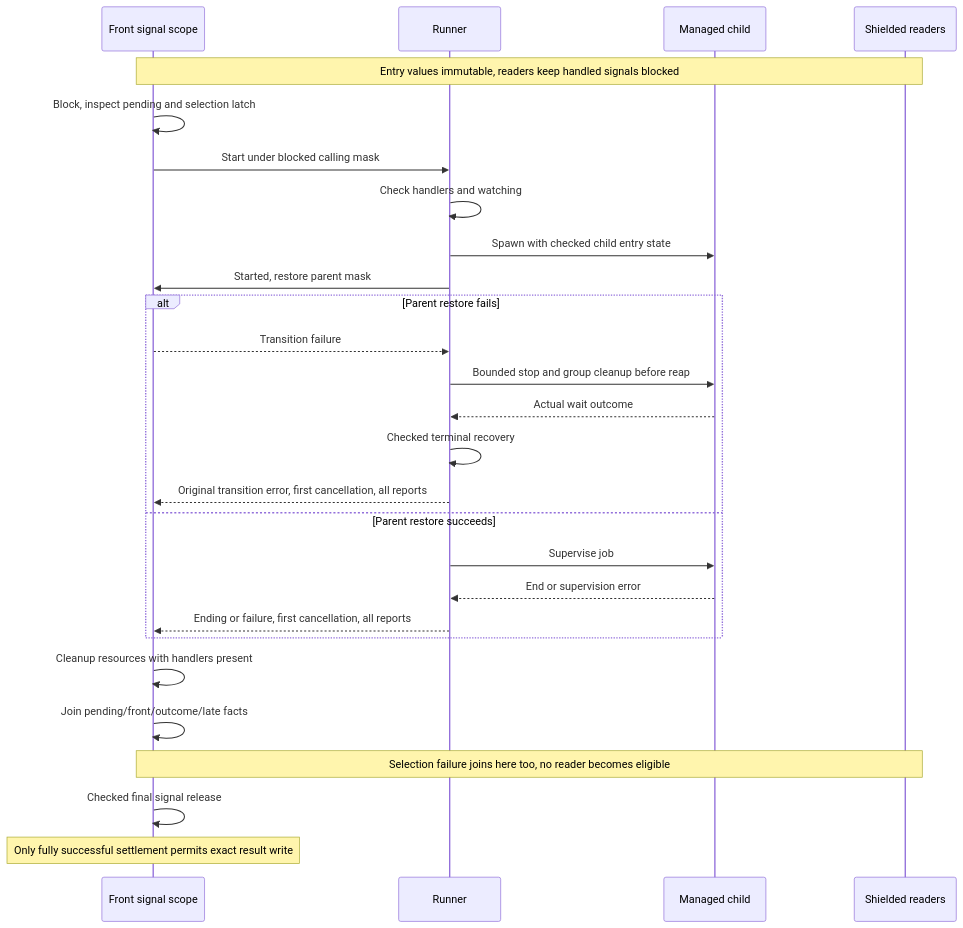
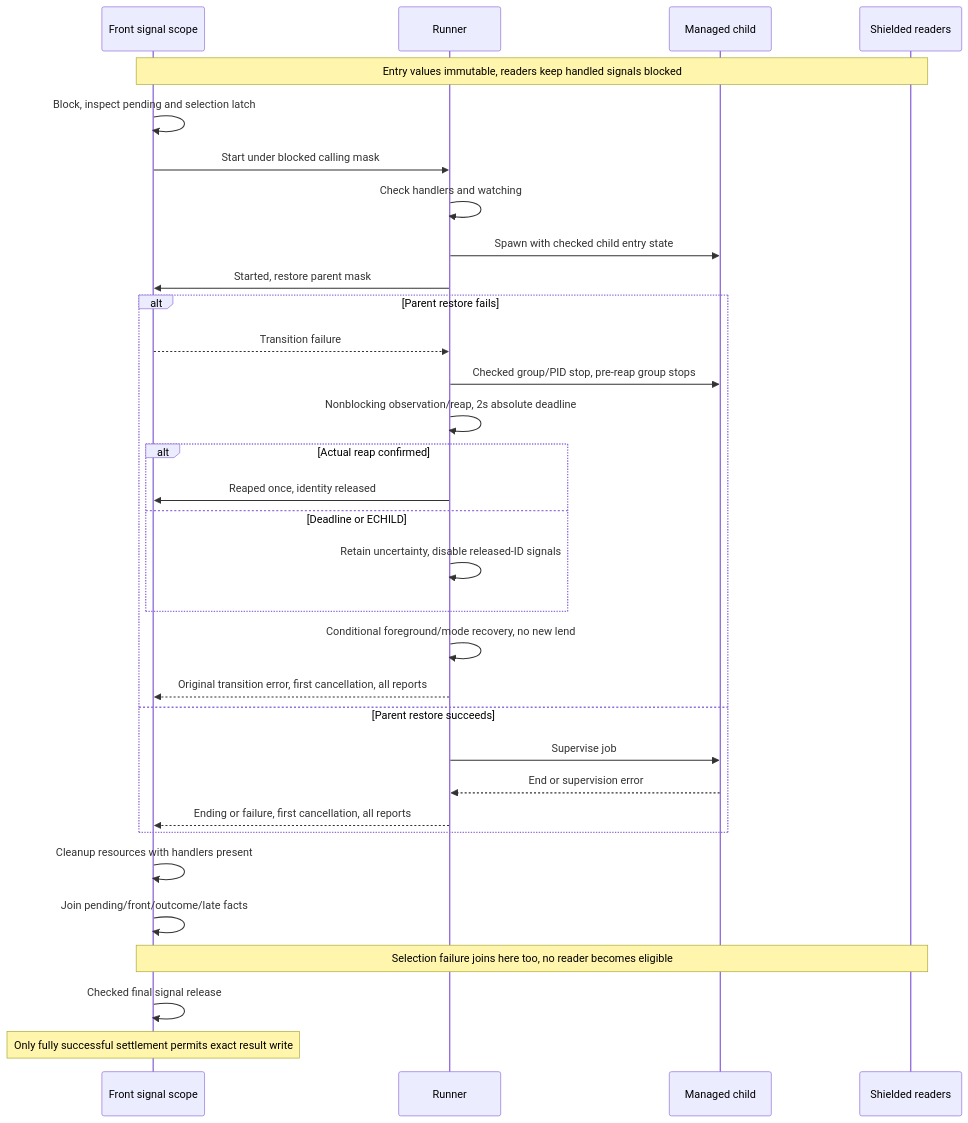
One commit to Linkuistics/Ravel changed the diagram in docs/design/result-job/entry-failure.mmd. Above: the diagram before and after it, drawn with Mermaid. The commit also changed 8 other files, not shown here.

Commit message:
native-entry-settlement-k25: specify bounded cleanup and price the complete repair

```diff
--- a/docs/design/result-job/entry-failure.mmd
+++ b/docs/design/result-job/entry-failure.mmd
@@ -1,27 +1,32 @@
 sequenceDiagram
   participant F as Front signal scope
   participant R as Runner
   participant C as Managed child
   participant A as Shielded readers
   Note over F,A: Entry values immutable, readers keep handled signals blocked
   F->>F: Block, inspect pending and selection latch
   F->>R: Start under blocked calling mask
   R->>R: Check handlers and watching
   R->>C: Spawn with checked child entry state
   R->>F: Started, restore parent mask
   alt Parent restore fails
     F-->>R: Transition failure
-    R->>C: Bounded stop and group cleanup before reap
-    C-->>R: Actual wait outcome
-    R->>R: Checked terminal recovery
+    R->>C: Checked group/PID stop, pre-reap group stops
+    R->>R: Nonblocking observation/reap, 2s absolute deadline
+    alt Actual reap confirmed
+      R->>F: Reaped once, identity released
+    else Deadline or ECHILD
+      R->>R: Retain uncertainty, disable released-ID signals
+    end
+    R->>R: Conditional foreground/mode recovery, no new lend
     R-->>F: Original transition error, first cancellation, all reports
   else Parent restore succeeds
     R->>C: Supervise job
     C-->>R: End or supervision error
     R-->>F: Ending or failure, first cancellation, all reports
   end
   F->>F: Cleanup resources with handlers present
   F->>F: Join pending/front/outcome/late facts
   Note over F,A: Selection failure joins here too, no reader becomes eligible
   F->>F: Checked final signal release
   Note over F: Only fully successful settlement permits exact result write
```
